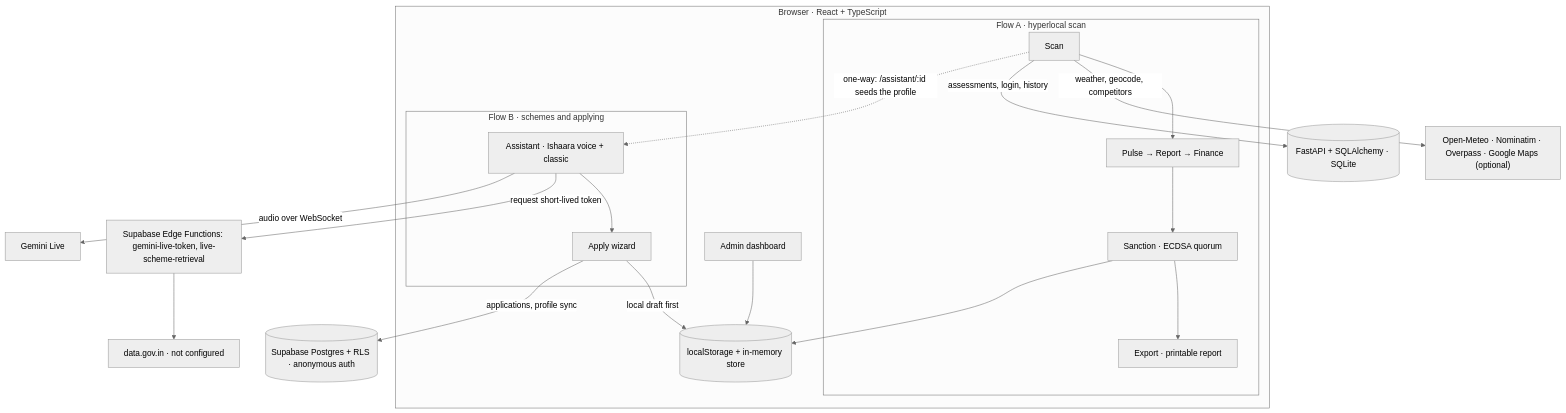
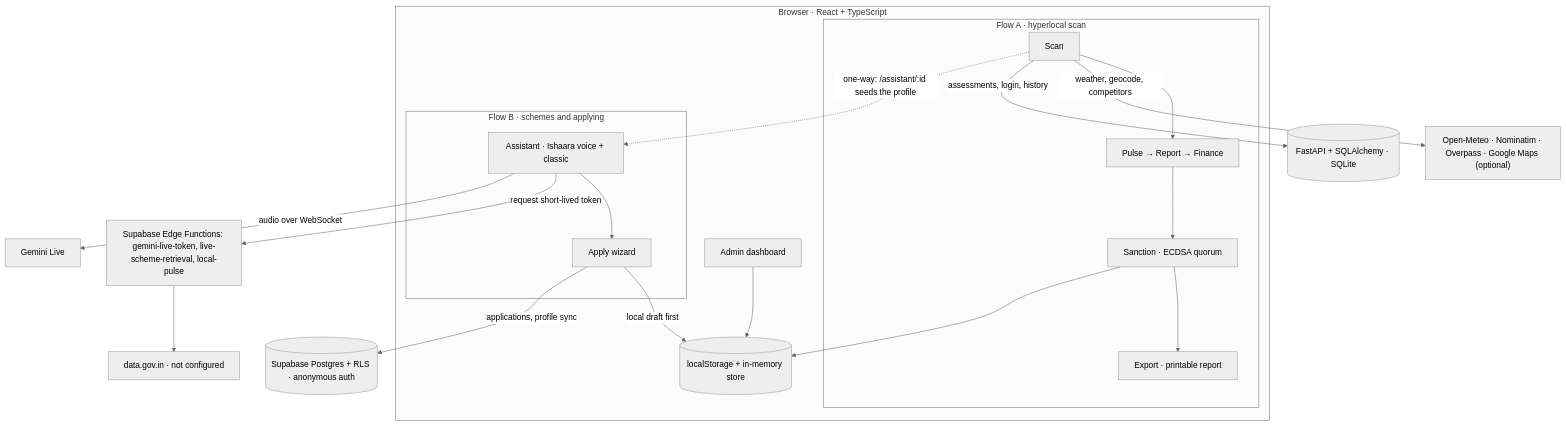
One commit to Kashif2310-bot/Ishaara changed the first of 2 diagrams in docs/TECHNICAL_DESIGN.md. Above: the diagram before and after it, drawn with Mermaid (neutral theme). The commit also changed other lines of this file and 2 other files, not shown here.

First line of the commit message:
docs: fix Edge Function count, add brief flow diagram, add submission material

````diff
--- a/docs/TECHNICAL_DESIGN.md
+++ b/docs/TECHNICAL_DESIGN.md
@@ -13,31 +13,31 @@
 ```mermaid
 flowchart TB
   subgraph browser["Browser · React + TypeScript"]
     subgraph flowA["Flow A · hyperlocal scan"]
       scan["Scan"] --> steps["Pulse → Report → Finance"] --> sanction["Sanction · ECDSA quorum"] --> export["Export · printable report"]
     end
     subgraph flowB["Flow B · schemes and applying"]
       assistant["Assistant · Ishaara voice + classic"] --> apply["Apply wizard"]
     end
     admin["Admin dashboard"]
     local[("localStorage + in-memory store")]
   end
 
   fastapi[("FastAPI + SQLAlchemy · SQLite")]
   supabase[("Supabase Postgres + RLS · anonymous auth")]
-  fns["Supabase Edge Functions: gemini-live-token, live-scheme-retrieval"]
+  fns["Supabase Edge Functions: gemini-live-token, live-scheme-retrieval, local-pulse"]
   gemini["Gemini Live"]
   datagov["data.gov.in · not configured"]
   geo["Open-Meteo · Nominatim · Overpass · Google Maps (optional)"]
 
   scan -->|"weather, geocode, competitors"| geo
   scan -->|"assessments, login, history"| fastapi
   sanction --> local
   admin --> local
   apply -->|"local draft first"| local
   apply -->|"applications, profile sync"| supabase
   assistant -->|"request short-lived token"| fns
   assistant -->|"audio over WebSocket"| gemini
   fns --> datagov
   scan -.->|"one-way: /assistant/:id seeds the profile"| assistant
 ```
````
